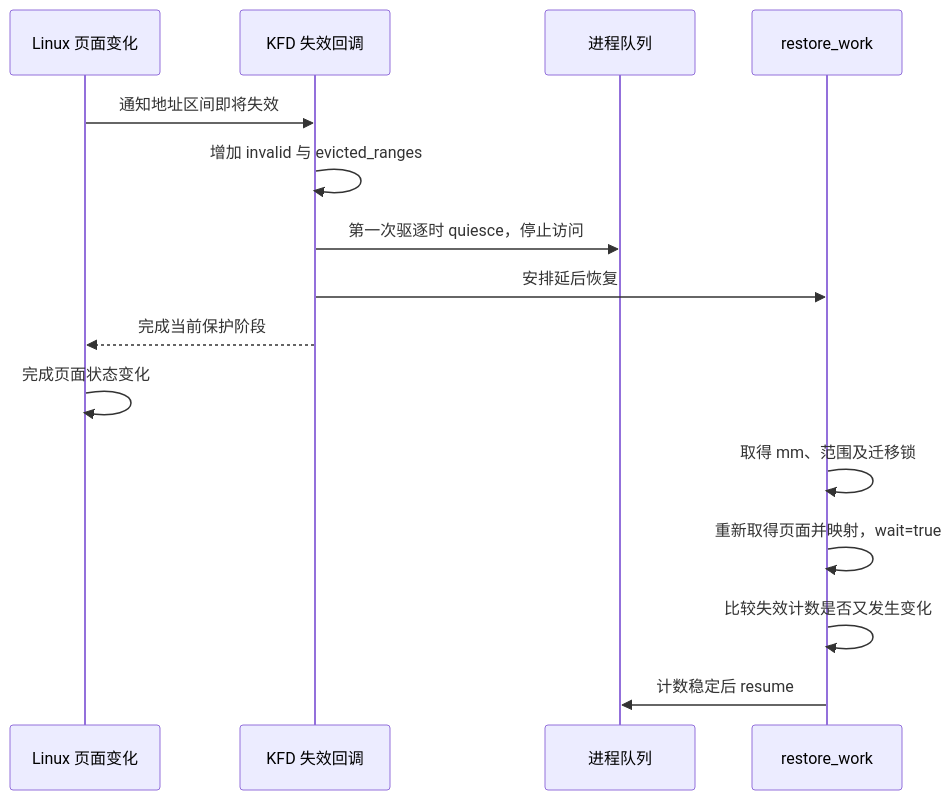
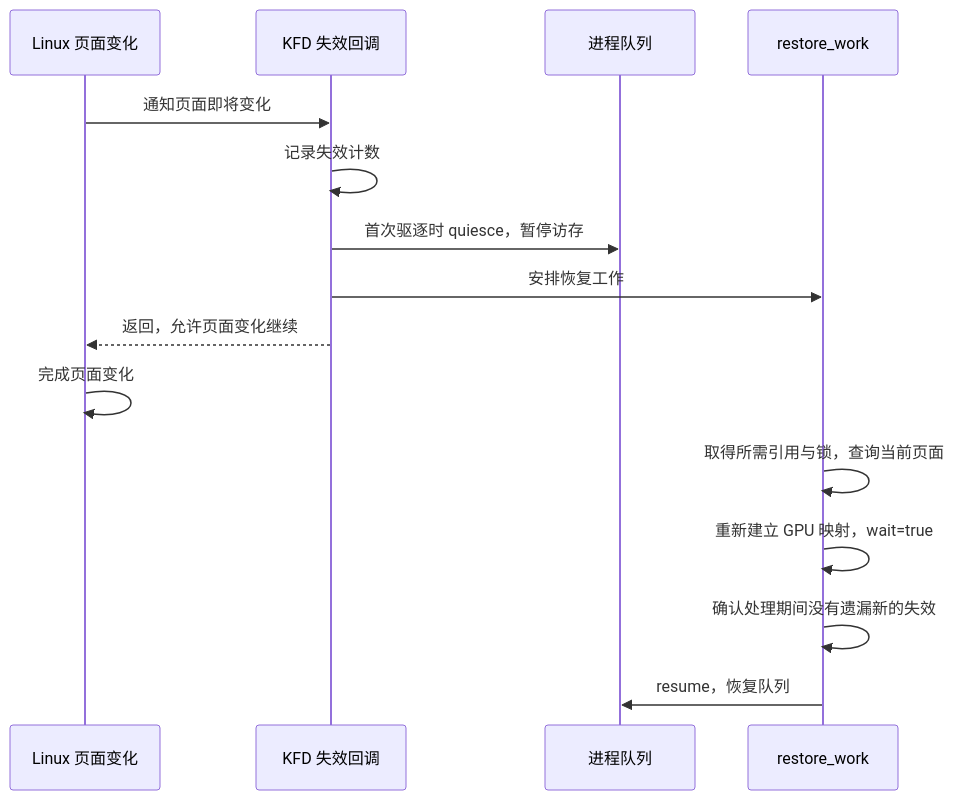
The tenth of 13 diagrams in 05_HMM 与 SVM：GPU 缺页恢复与页面迁移.md (hxfei-git/gpu-study), drawn with Mermaid before and after one commit. The commit also changed other lines of this file and 4 other files, not shown here.

````diff
--- a/05_HMM 与 SVM：GPU 缺页恢复与页面迁移.md
+++ b/05_HMM 与 SVM：GPU 缺页恢复与页面迁移.md
@@ -1487,17 +2357,17 @@
 ```mermaid
 sequenceDiagram
     participant M as Linux 页面变化
     participant K as KFD 失效回调
     participant Q as 进程队列
     participant W as restore_work
-    M->>K: 通知地址区间即将失效
-    K->>K: 增加 invalid 与 evicted_ranges
-    K->>Q: 第一次驱逐时 quiesce，停止访问
-    K->>W: 安排延后恢复
-    K-->>M: 完成当前保护阶段
-    M->>M: 完成页面状态变化
-    W->>W: 取得 mm、范围及迁移锁
-    W->>W: 重新取得页面并映射，wait=true
-    W->>W: 比较失效计数是否又发生变化
-    W->>Q: 计数稳定后 resume
+    M->>K: 通知页面即将变化
+    K->>K: 记录失效计数
+    K->>Q: 首次驱逐时 quiesce，暂停访存
+    K->>W: 安排恢复工作
+    K-->>M: 返回，允许页面变化继续
+    M->>M: 完成页面变化
+    W->>W: 取得所需引用与锁，查询当前页面
+    W->>W: 重新建立 GPU 映射，wait=true
+    W->>W: 确认处理期间没有遗漏新的失效
+    W->>Q: resume，恢复队列
 ```
````
